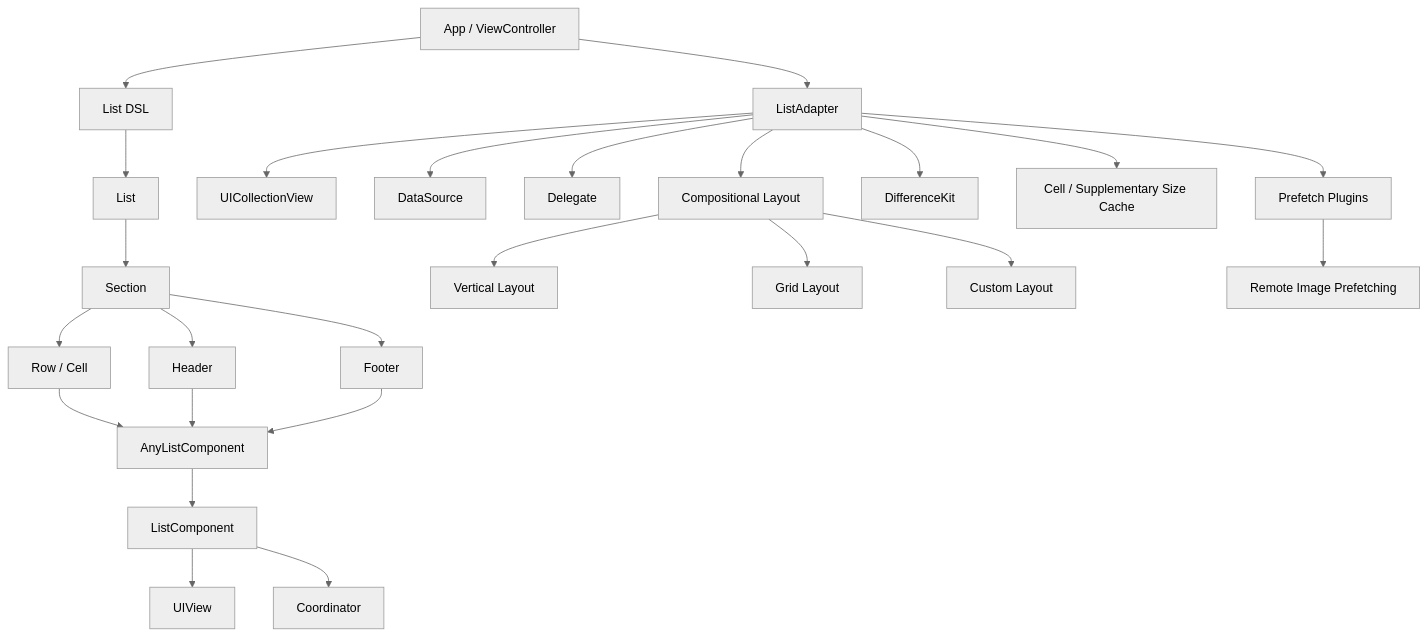
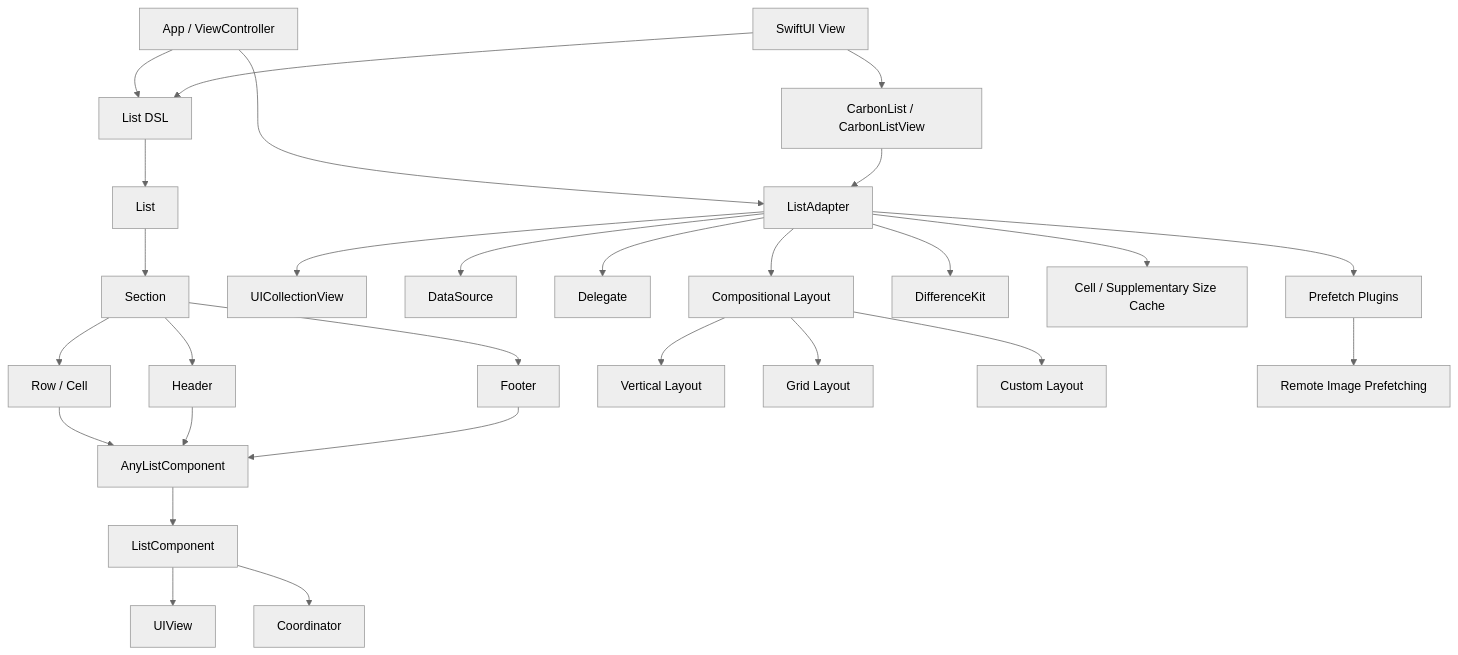
One commit to indextrown/CarbonListKit changed the first of 2 diagrams in README.en.md. Above: the diagram before and after it, drawn with Mermaid (neutral theme). The commit also changed other lines of this file and 11 other files, not shown here.

````diff
--- a/README.en.md
+++ b/README.en.md
@@ -752,31 +784,34 @@
 ```mermaid
 graph TD
   App["App / ViewController"] --> Adapter["ListAdapter"]
+  SwiftUIView["SwiftUI View"] --> CarbonList["CarbonList / CarbonListView"]
+  CarbonList --> Adapter
   App --> ListDSL["List DSL"]
+  SwiftUIView --> ListDSL
 
   ListDSL --> List["List"]
   List --> Section["Section"]
   Section --> Row["Row / Cell"]
   Section --> Header["Header"]
   Section --> Footer["Footer"]
 
   Row --> AnyComponent["AnyListComponent"]
   Header --> AnyComponent
   Footer --> AnyComponent
   AnyComponent --> Component["ListComponent"]
   Component --> View["UIView"]
   Component --> Coordinator["Coordinator"]
 
   Adapter --> CollectionView["UICollectionView"]
   Adapter --> DataSource["DataSource"]
   Adapter --> Delegate["Delegate"]
   Adapter --> Layout["Compositional Layout"]
   Adapter --> Diff["DifferenceKit"]
   Adapter --> SizeCache["Cell / Supplementary Size Cache"]
   Adapter --> Prefetch["Prefetch Plugins"]
 
   Layout --> Vertical["Vertical Layout"]
   Layout --> Grid["Grid Layout"]
   Layout --> Custom["Custom Layout"]
   Prefetch --> RemoteImage["Remote Image Prefetching"]
 ```
````
